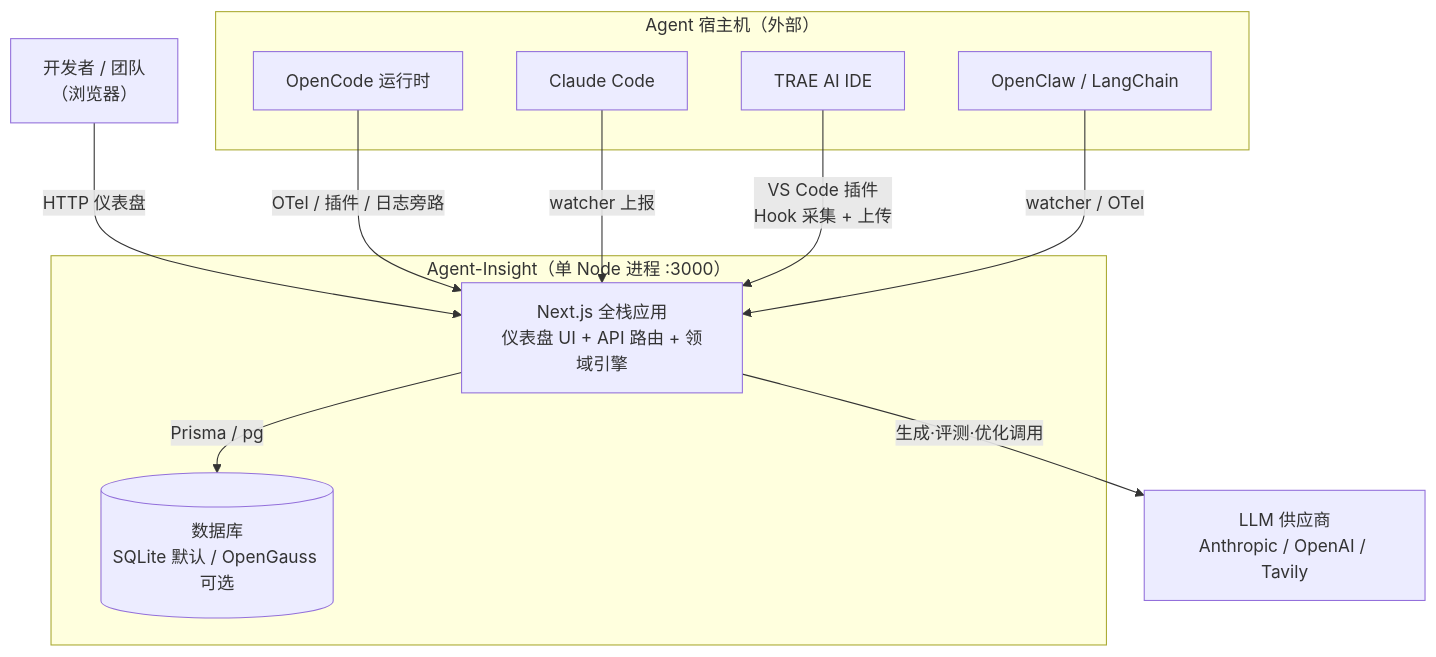
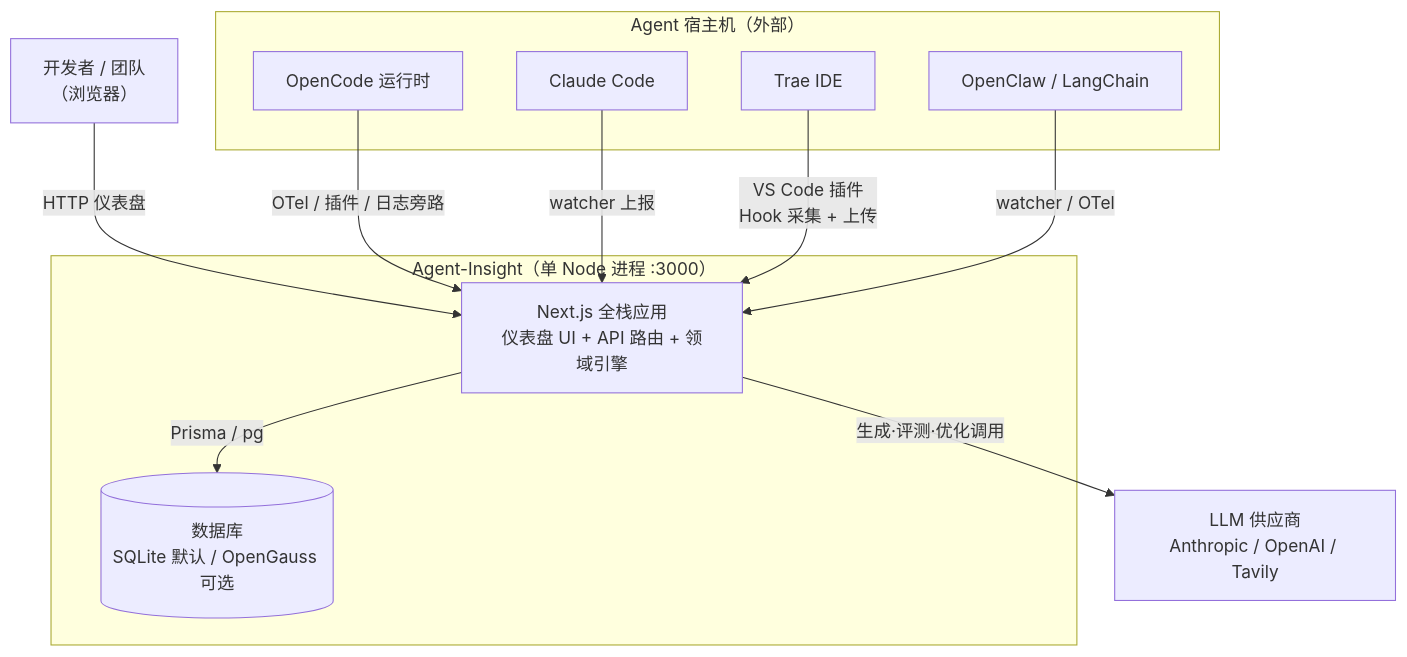
One commit to openeuler-mirror/agent-insight changed the first of 5 diagrams in docs/developer-guide/01-architecture.md. Above: the diagram before and after it, drawn with Mermaid. The commit also changed other lines of this file and 20 other files, not shown here.

````diff
--- a/docs/developer-guide/01-architecture.md
+++ b/docs/developer-guide/01-architecture.md
@@ -118,24 +118,24 @@
 ```mermaid
 flowchart TB
     subgraph hosts["Agent 宿主机（外部）"]
         oc["OpenCode 运行时"]
         cc["Claude Code"]
-        trae["TRAE AI IDE"]
+        trae["Trae IDE"]
         ocl["OpenClaw / LangChain"]
     end
     user["开发者 / 团队<br/>（浏览器）"]
     llm["LLM 供应商<br/>Anthropic / OpenAI / Tavily"]
 
     subgraph ai["Agent-Insight（单 Node 进程 :3000）"]
         web["Next.js 全栈应用<br/>仪表盘 UI + API 路由 + 领域引擎"]
         db[("数据库<br/>SQLite 默认 / OpenGauss 可选")]
     end
 
     user -->|HTTP 仪表盘| web
     oc -->|OTel / 插件 / 日志旁路| web
     cc -->|watcher 上报| web
     trae -->|VS Code 插件<br/>Hook 采集 + 上传| web
     ocl -->|watcher / OTel| web
     web -->|Prisma / pg| db
     web -->|生成·评测·优化调用| llm
 ```
````
